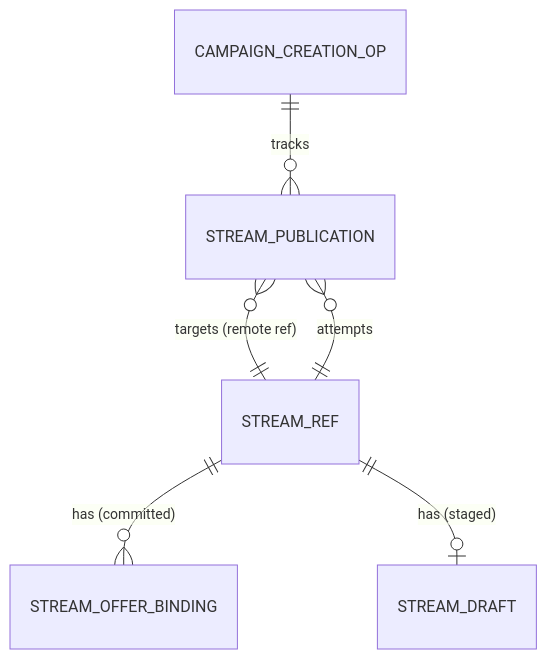
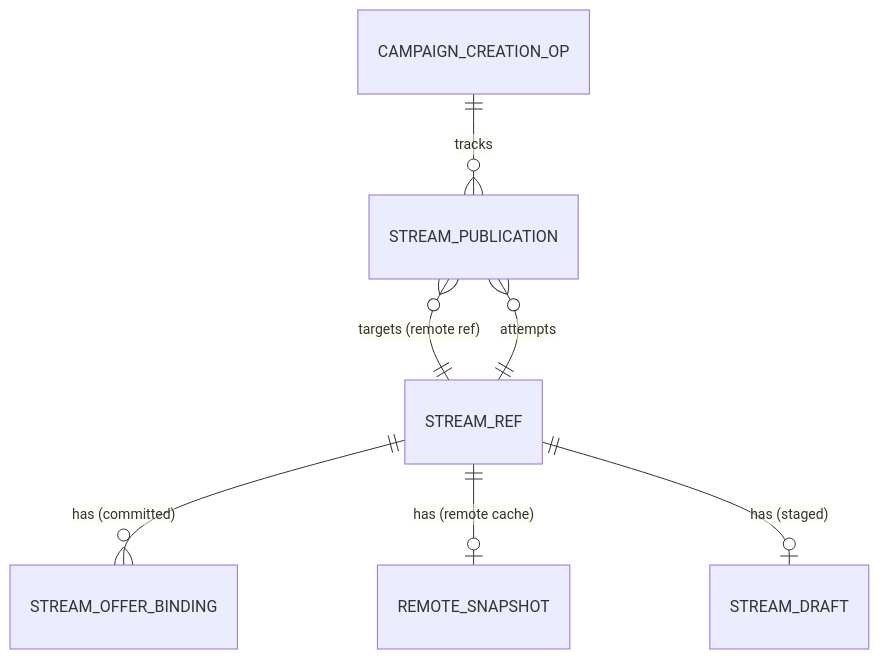
Before and after one commit to zaebee/keitaro-wrap: the diagram in docs/architecture/persistence.md, drawn with Mermaid. The commit also changed other lines of this file and 22 other files, not shown here.

````diff
--- a/docs/architecture/persistence.md
+++ b/docs/architecture/persistence.md
@@ -13,8 +13,9 @@
 ```mermaid
 erDiagram
   CAMPAIGN_CREATION_OP ||--o{ STREAM_PUBLICATION : "tracks"
   STREAM_PUBLICATION }o--|| STREAM_REF : "targets (remote ref)"
   STREAM_REF ||--o{ STREAM_OFFER_BINDING : "has (committed)"
+  STREAM_REF ||--o| REMOTE_SNAPSHOT : "has (remote cache)"
   STREAM_REF ||--o| STREAM_DRAFT : "has (staged)"
   STREAM_REF ||--o{ STREAM_PUBLICATION : "attempts"
 ```
````
